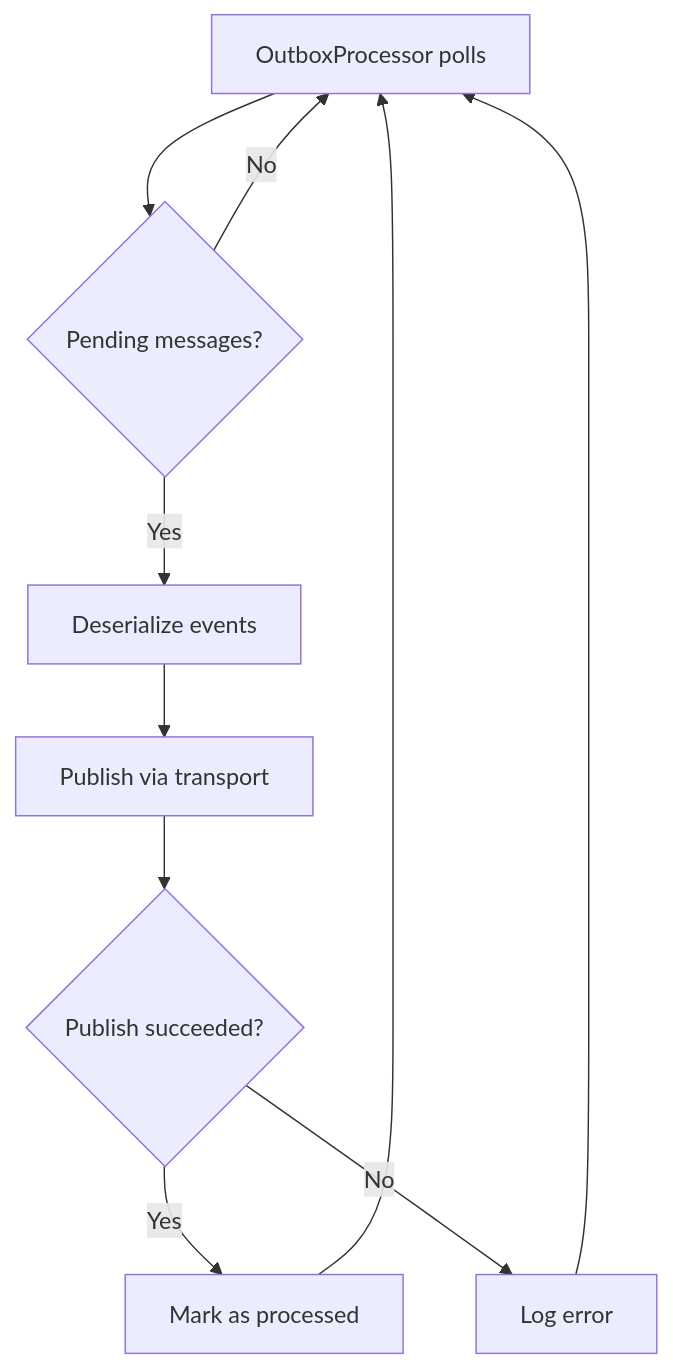
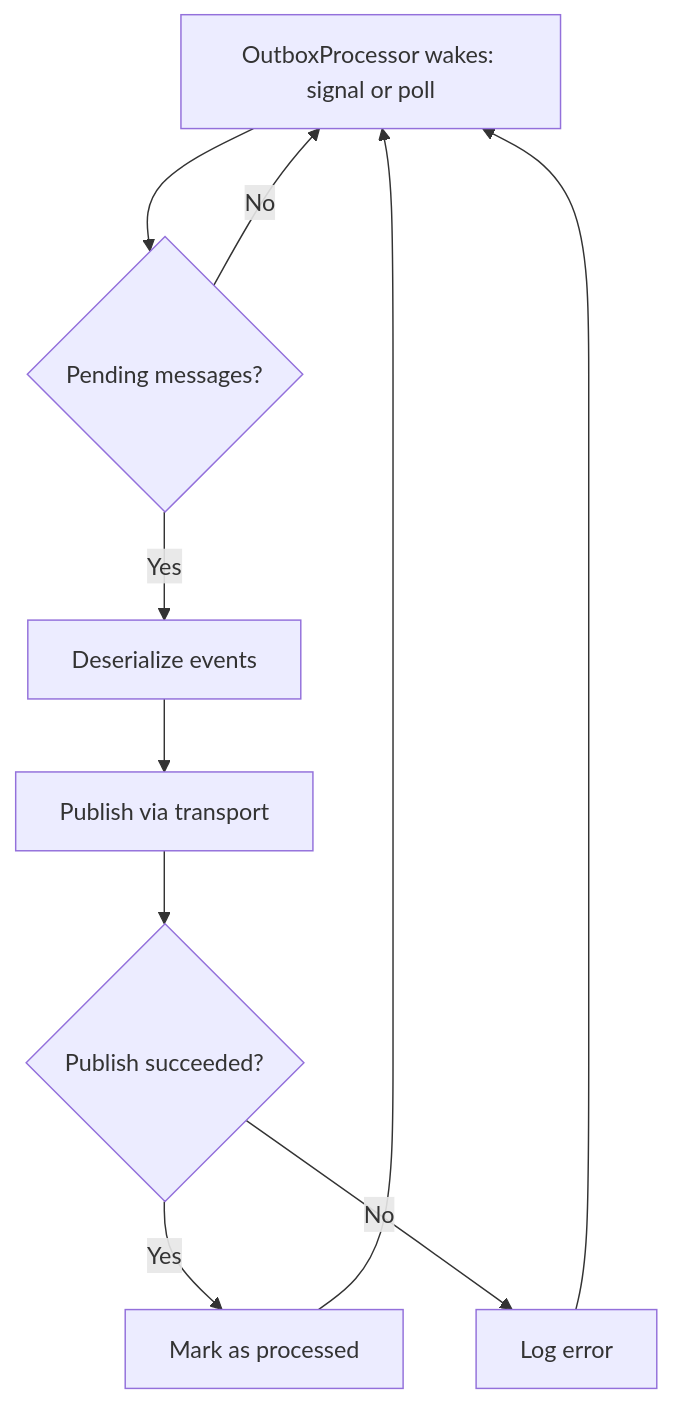
The second of 2 diagrams in docs/messaging/outbox-pattern.md (AdamWyatt34/Modulus), drawn with Mermaid before and after one commit. The commit also changed other lines of this file and 6 other files, not shown here.

````diff
--- a/docs/messaging/outbox-pattern.md
+++ b/docs/messaging/outbox-pattern.md
@@ -217,12 +268,12 @@
 ```mermaid
 flowchart TD
-    A[OutboxProcessor polls] --> B{Pending messages?}
+    A[OutboxProcessor wakes: signal or poll] --> B{Pending messages?}
     B -->|No| A
     B -->|Yes| C[Deserialize events]
     C --> D[Publish via transport]
     D --> E{Publish succeeded?}
     E -->|Yes| F[Mark as processed]
     F --> A
     E -->|No| G[Log error]
     G --> A
 ```
````
